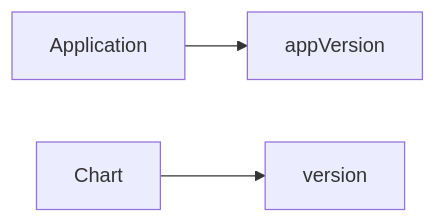
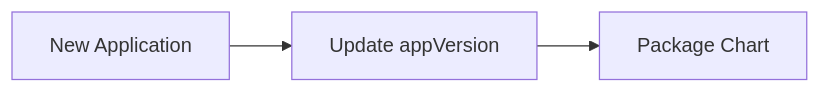
One commit to akshayachar03/DevOps-Learning changed the eighth of 17 diagrams in 02-Detailed-Notes/16-Helm/19-Production Deployments.md. Above: the diagram before and after it, drawn with Mermaid. The commit also changed other lines of this file, not shown here.

````diff
--- a/02-Detailed-Notes/16-Helm/19-Production Deployments.md
+++ b/02-Detailed-Notes/16-Helm/19-Production Deployments.md
@@ -570,7 +570,7 @@
 ```mermaid
 flowchart LR
 
-Application --> appVersion
-
-Chart --> version
+A[New Application]
+A --> B[Update appVersion]
+B --> C[Package Chart]
 ```
````
